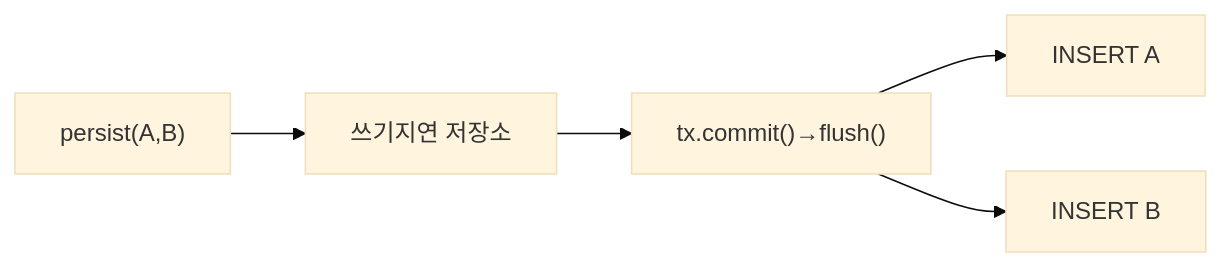
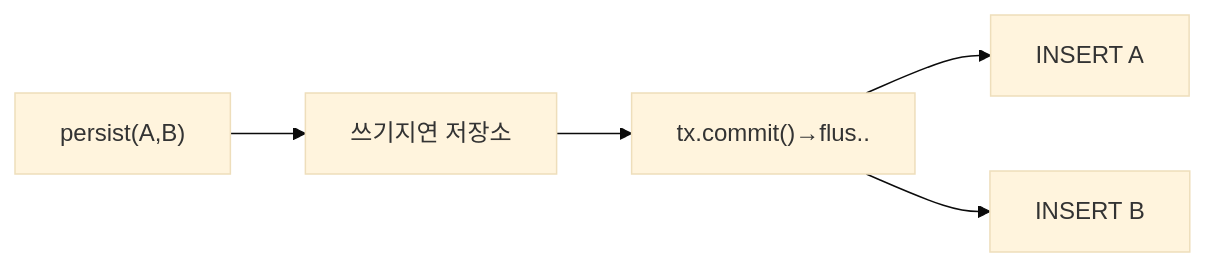
The fourth of 10 diagrams in _posts/jpa/2026-05-01-jpa-fundamentals.md (yjkim2015/yjkim2015.github.io), drawn with Mermaid (base theme) before and after one commit. The commit also changed other lines of this file and 149 other files, not shown here.

First line of the commit message:
Mermaid 가독성 개선: 라벨 축약, 노드 축소, TD→LR 변환

````diff
--- a/_posts/jpa/2026-05-01-jpa-fundamentals.md
+++ b/_posts/jpa/2026-05-01-jpa-fundamentals.md
@@ -143,6 +142,6 @@
 ```mermaid
 graph LR
     PA["persist(A,B)"] --> SQL["쓰기지연 저장소"]
-    SQL --> TC["tx.commit()→flush()"]
+    SQL --> TC["tx.commit()→flus.."]
     TC --> DB1["INSERT A"] & DB2["INSERT B"]
 ```
````
